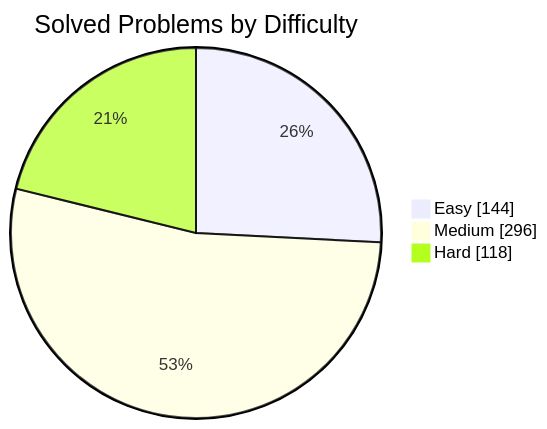
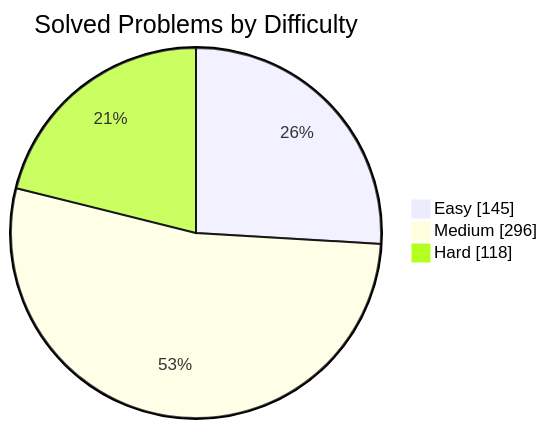
One commit to manikantbindass/DSA-Preparation-FAANG changed the first of 2 diagrams in README.md. Above: the diagram before and after it, drawn with Mermaid. The commit also changed other lines of this file and 1 other file, not shown here.

````diff
--- a/README.md
+++ b/README.md
@@ -79,7 +79,7 @@
 ```mermaid
 pie showData
     title Solved Problems by Difficulty
-    "Easy" : 144
+    "Easy" : 145
     "Medium" : 296
     "Hard" : 118
 ```
````
